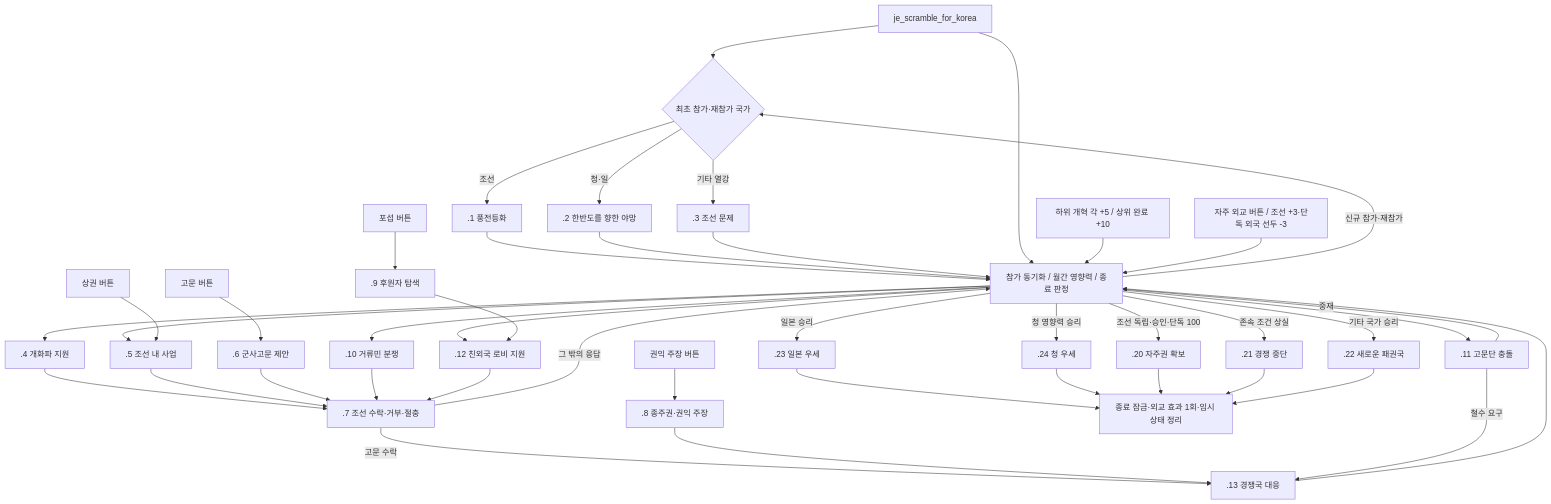
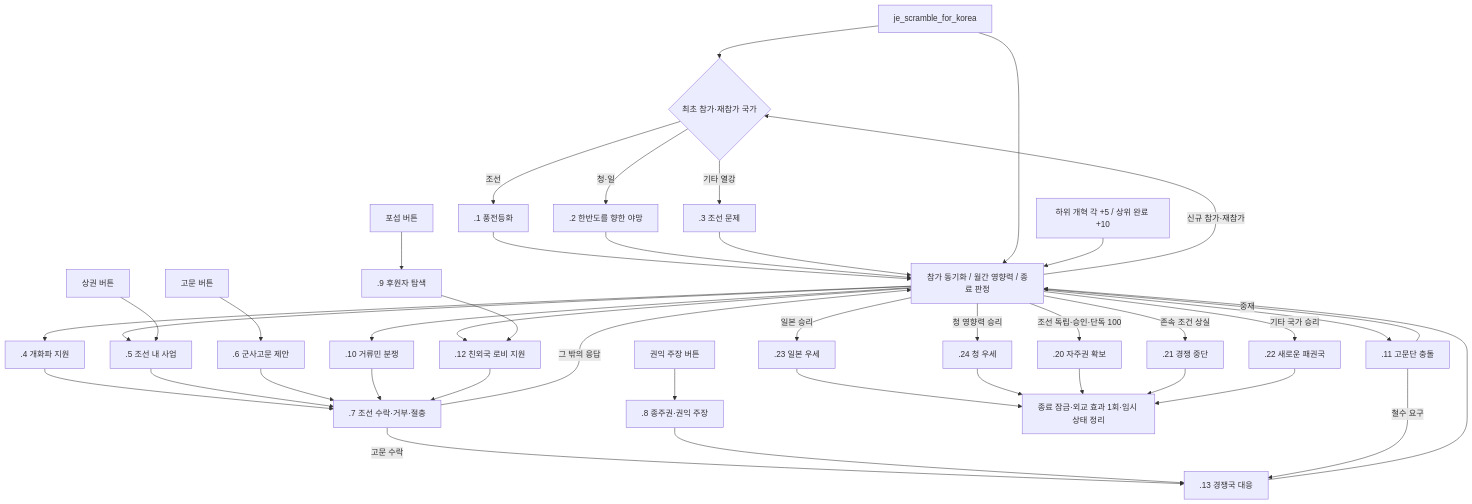
Before and after one commit to East-Asia-Flavor-Pack/East-Asia-Flavor-Pack: diagram 21 of 46 in documentation/joseon-content.md, drawn with Mermaid. The commit also changed 65 other files, not shown here.

````diff
--- a/documentation/joseon-content.md
+++ b/documentation/joseon-content.md
@@ -811,45 +811,44 @@
 ```mermaid
 flowchart TD
     J["je_scramble_for_korea"] --> ENTRY{"최초 참가·재참가 국가"}
     ENTRY -->|조선| E1[".1 풍전등화"]
     ENTRY -->|청·일| E2[".2 한반도를 향한 야망"]
     ENTRY -->|기타 열강| E3[".3 조선 문제"]
     E1 --> LOOP
     E2 --> LOOP
     E3 --> LOOP
     LOOP -->|신규 참가·재참가| ENTRY
     J --> LOOP["참가 동기화 / 월간 영향력 / 종료 판정"]
     REFORM["하위 개혁 각 +5 / 상위 완료 +10"] --> LOOP
     LOOP --> E4[".4 개화파 지원"]
     LOOP --> E5[".5 조선 내 사업"]
     LOOP --> E10[".10 거류민 분쟁"]
     LOOP --> E11[".11 고문단 충돌"]
     LOOP --> E12[".12 친외국 로비 지원"]
     B5["상권 버튼"] --> E5
     B6["고문 버튼"] --> E6[".6 군사고문 제안"]
     B8["권익 주장 버튼"] --> E8[".8 종주권·권익 주장"]
     B9["포섭 버튼"] --> E9[".9 후원자 탐색"]
-    BSELF["자주 외교 버튼 / 조선 +3·단독 외국 선두 -3"] --> LOOP
     E9 --> E12
     E4 --> E7[".7 조선 수락·거부·절충"]
     E5 --> E7
     E6 --> E7
     E10 --> E7
     E12 --> E7
     E7 -->|고문 수락| E13[".13 경쟁국 대응"]
     E7 -->|그 밖의 응답| LOOP
     E8 --> E13
     E11 -->|중재| LOOP
     E11 -->|철수 요구| E13
     E13 --> LOOP
     LOOP -->|일본 승리| E23[".23 일본 우세"]
     LOOP -->|청 영향력 승리| E24[".24 청 우세"]
     LOOP -->|조선 독립·승인·단독 100| E20[".20 자주권 확보"]
     LOOP -->|존속 조건 상실| E21[".21 경쟁 중단"]
     LOOP -->|기타 국가 승리| E22[".22 새로운 패권국"]
     E23 --> END["종료 잠금·외교 효과 1회·임시 상태 정리"]
     E24 --> END
     E20 --> END
     E21 --> END
     E22 --> END
 ```
````
